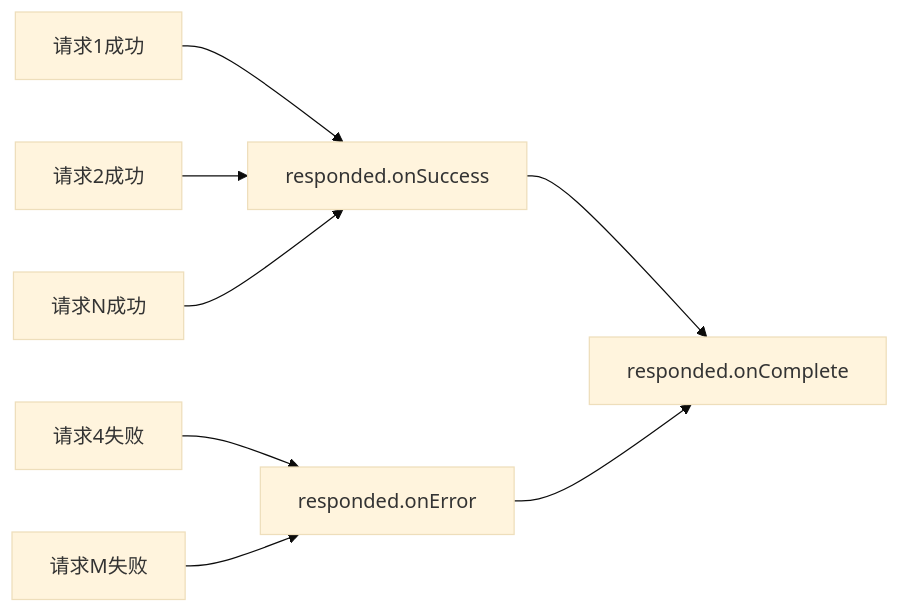
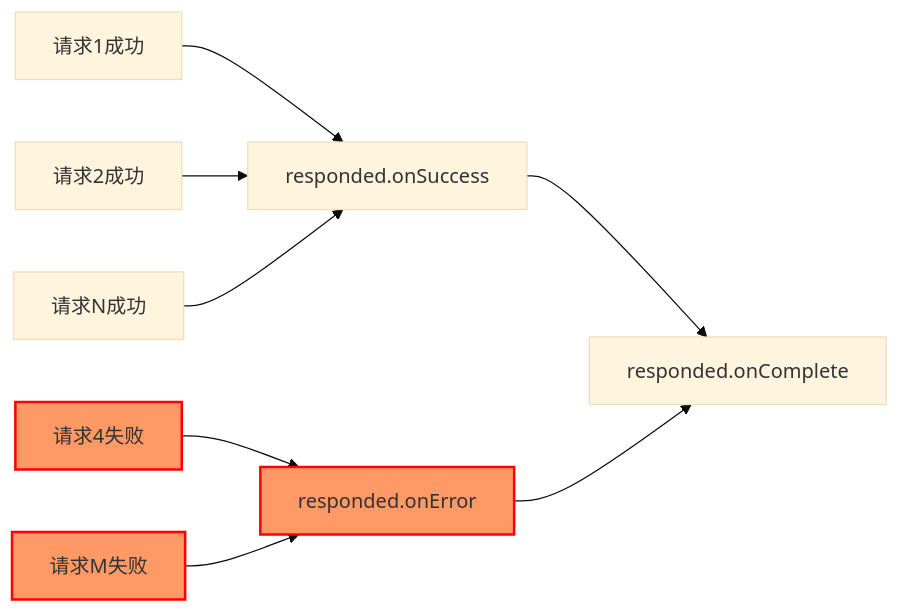
The second of 2 diagrams in i18n/zh-CN/docusaurus-plugin-content-docs/current/tutorial/02-getting-started/05-global-interceptor.md (alovajs/alovajs.github.io), drawn with Mermaid (base theme) before and after one commit. The commit also changed other lines of this file and 67 other files, not shown here.

````diff
--- a/i18n/zh-CN/docusaurus-plugin-content-docs/current/tutorial/02-getting-started/05-global-interceptor.md
+++ b/i18n/zh-CN/docusaurus-plugin-content-docs/current/tutorial/02-getting-started/05-global-interceptor.md
@@ -54,10 +54,12 @@
 ```mermaid
 flowchart LR
-  请求1成功 --> responded.onSuccess
-  请求2成功 --> responded.onSuccess
-  请求N成功 --> responded.onSuccess
-  请求4失败 --> responded.onError
-  请求M失败 --> responded.onError
+  classDef error fill:#f96,stroke:#f00,stroke-width:2px;
+
+  R1[请求1成功] --> responded.onSuccess
+  R2[请求2成功] --> responded.onSuccess
+  RN[请求N成功] --> responded.onSuccess
+  R4[请求4失败]:::error --> responded.onError:::error
+  R5[请求M失败]:::error --> responded.onError:::error
   responded.onSuccess --> responded.onComplete
   responded.onError --> responded.onComplete
 ```
````
